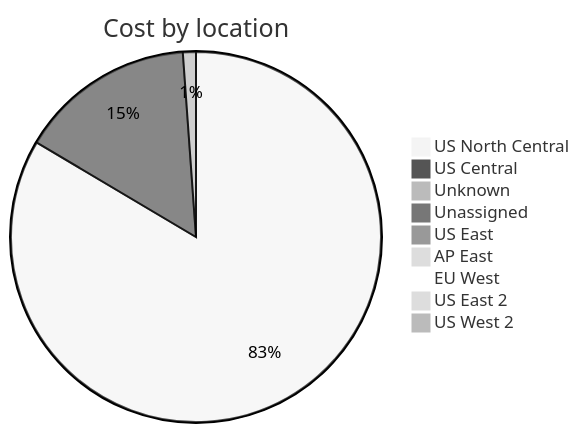
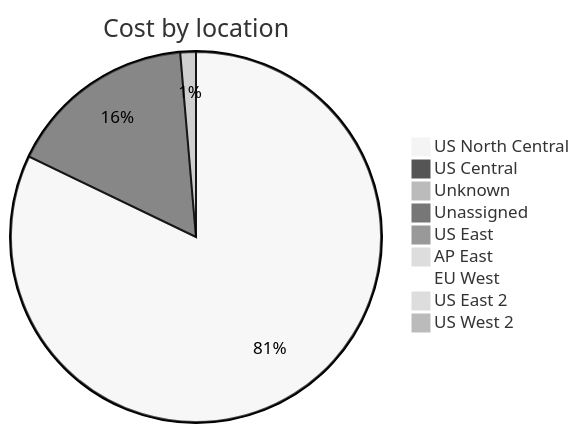
One commit to jpfulton/azure-personal-reports changed the third of 4 diagrams in cost-reports/accumulated-cost.md. Above: the diagram before and after it, drawn with Mermaid (neutral theme). The commit also changed other lines of this file and 4 other files, not shown here.

````diff
--- a/cost-reports/accumulated-cost.md
+++ b/cost-reports/accumulated-cost.md
@@ -129,13 +131,13 @@
 ```mermaid
 pie
    title Cost by location
-   "US North Central" : 2.94
-   "US Central" : 0.54
-   "Unknown" : 0.04
-   "Unassigned" : 0.03
-   "US East" : 0.01
+   "US North Central" : 5.43
+   "US Central" : 1.09
+   "Unknown" : 0.09
+   "Unassigned" : 0.06
+   "US East" : 0.02
    "AP East" : 0.00
    "EU West" : 0.00
    "US East 2" : 0.00
    "US West 2" : 0.00
 ```
````
